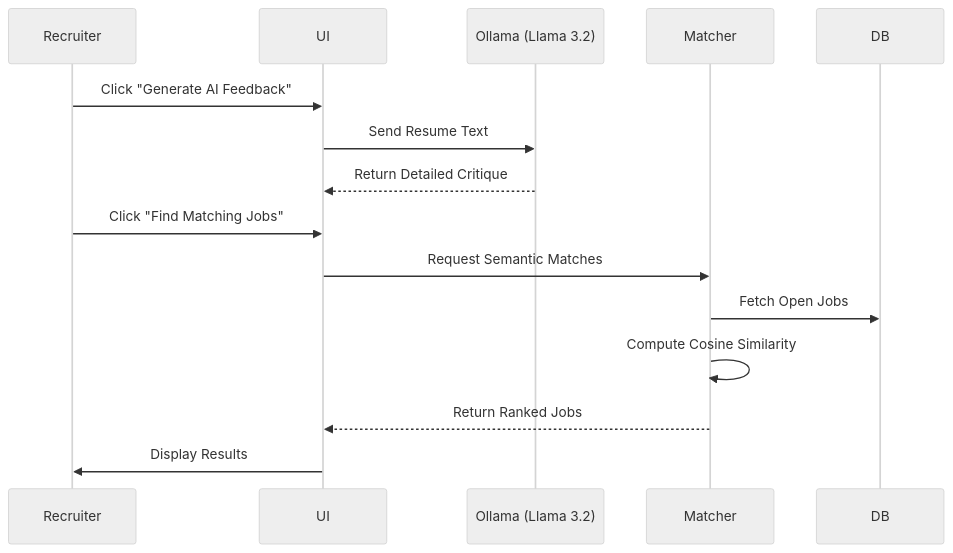
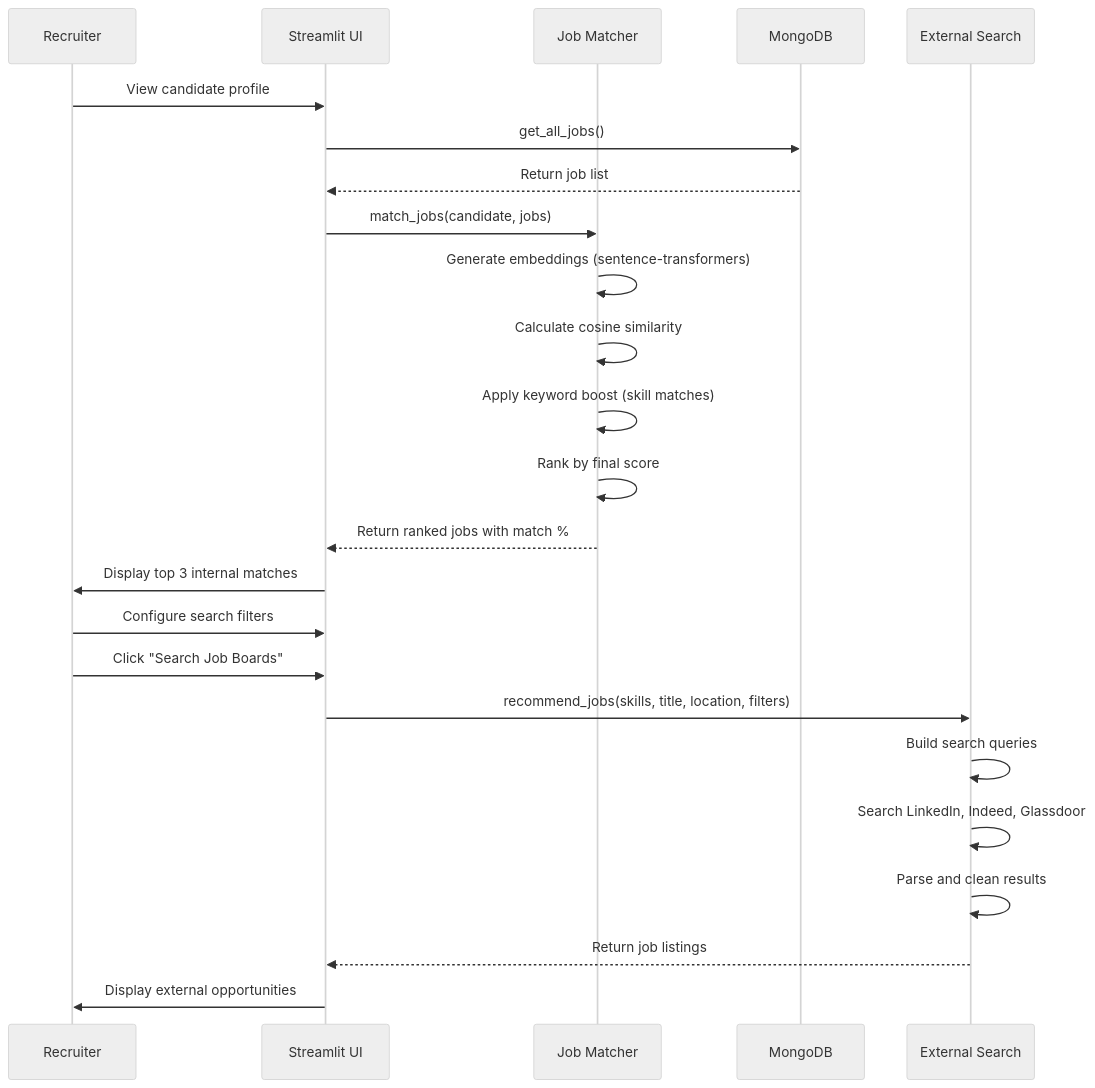
Before and after one commit to rajan170/ai-resume-analyzer: the third of 4 diagrams in tech_spec.md, drawn with Mermaid (neutral theme). The commit also changed other lines of this file and 5 other files, not shown here.

````diff
--- a/tech_spec.md
+++ b/tech_spec.md
@@ -48,19 +138,30 @@
 ```mermaid
 sequenceDiagram
-    participant Recruiter
-    participant UI
-    participant LLM as Ollama (Llama 3.2)
-    participant Matcher
-    participant DB
+    participant User as Recruiter
+    participant UI as Streamlit UI
+    participant Matcher as Job Matcher
+    participant DB as MongoDB
+    participant ExtSearch as External Search
 
-    Recruiter->>UI: Click "Generate AI Feedback"
-    UI->>LLM: Send Resume Text
-    LLM-->>UI: Return Detailed Critique
+    User->>UI: View candidate profile
+    UI->>DB: get_all_jobs()
+    DB-->>UI: Return job list
     
-    Recruiter->>UI: Click "Find Matching Jobs"
-    UI->>Matcher: Request Semantic Matches
-    Matcher->>DB: Fetch Open Jobs
-    Matcher->>Matcher: Compute Cosine Similarity
-    Matcher-->>UI: Return Ranked Jobs
-    UI->>Recruiter: Display Results
+    UI->>Matcher: match_jobs(candidate, jobs)
+    Matcher->>Matcher: Generate embeddings (sentence-transformers)
+    Matcher->>Matcher: Calculate cosine similarity
+    Matcher->>Matcher: Apply keyword boost (skill matches)
+    Matcher->>Matcher: Rank by final score
+    Matcher-->>UI: Return ranked jobs with match %
+    
+    UI->>User: Display top 3 internal matches
+    
+    User->>UI: Configure search filters
+    User->>UI: Click "Search Job Boards"
+    UI->>ExtSearch: recommend_jobs(skills, title, location, filters)
+    ExtSearch->>ExtSearch: Build search queries
+    ExtSearch->>ExtSearch: Search LinkedIn, Indeed, Glassdoor
+    ExtSearch->>ExtSearch: Parse and clean results
+    ExtSearch-->>UI: Return job listings
+    UI->>User: Display external opportunities
 ```
````
